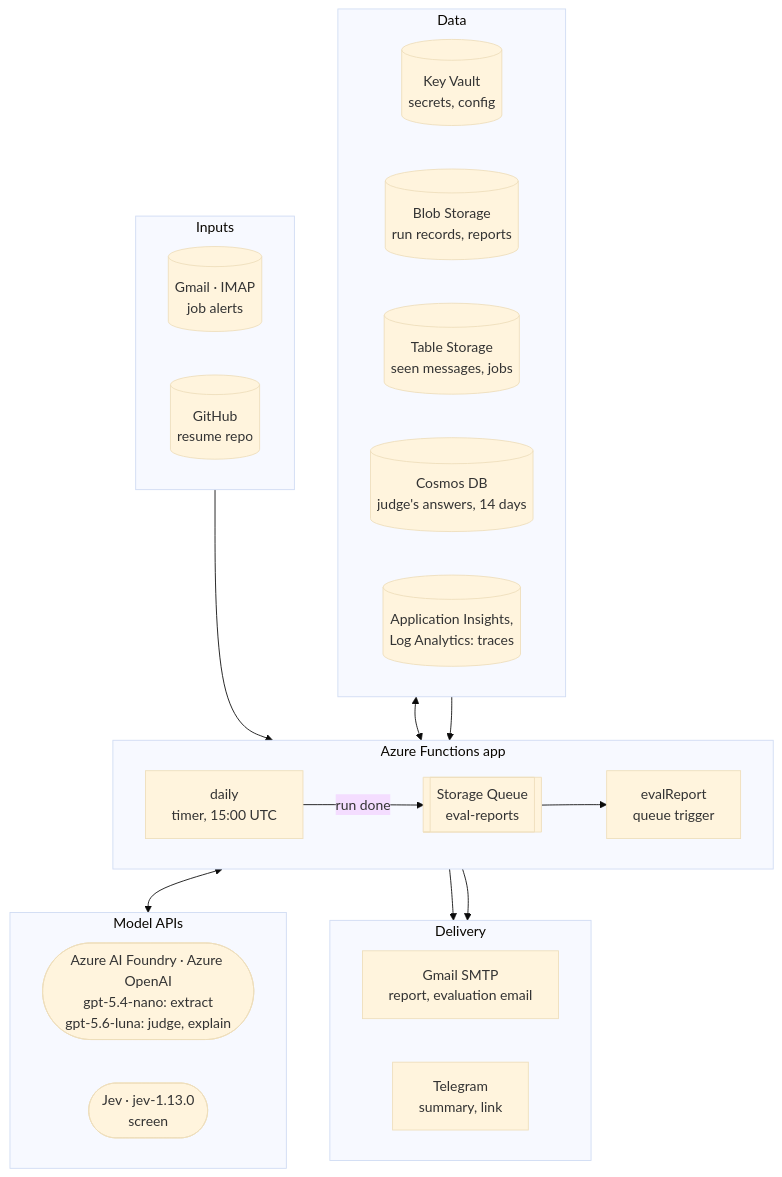
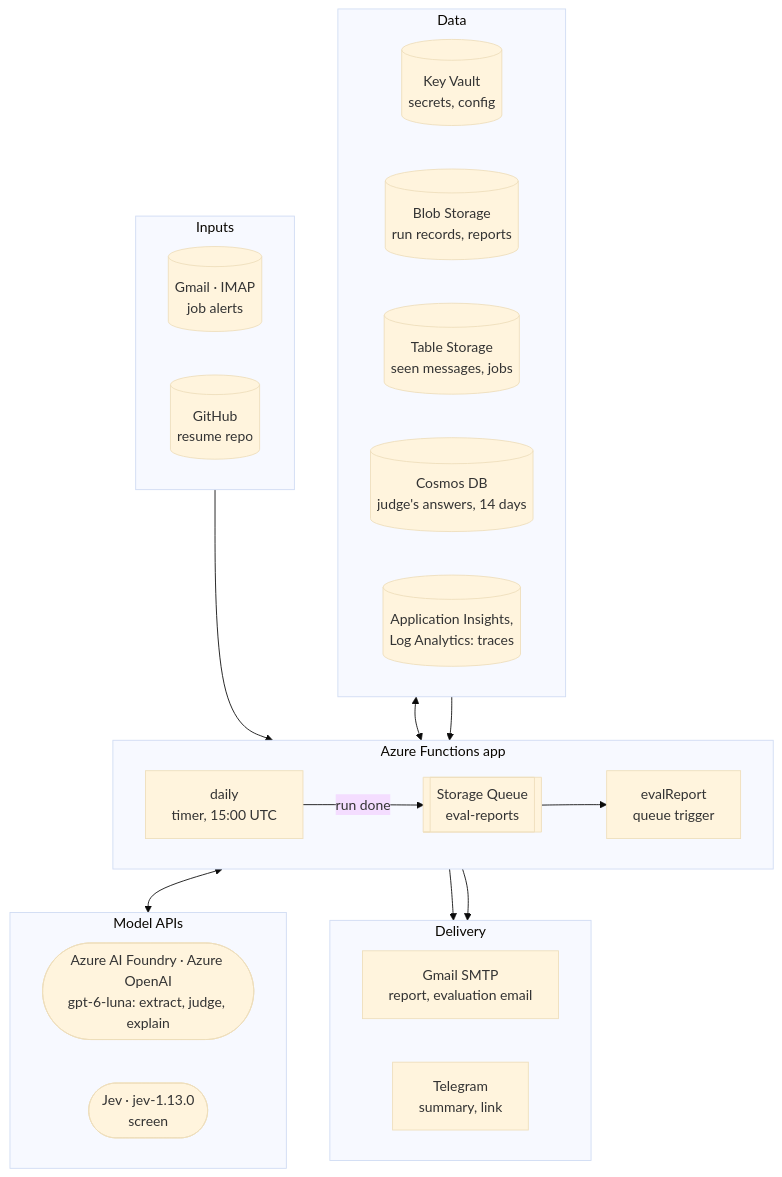
Before and after one commit to PCBZ/job-scan: the first of 3 diagrams in README.md, drawn with Mermaid (base theme). The commit also changed other lines of this file and 6 other files, not shown here.

Commit message:
feat(infra): extract, judge and explain on gpt-6-luna

````diff
--- a/README.md
+++ b/README.md
@@ -18,44 +18,44 @@
 ```mermaid
 flowchart TB
   subgraph inputs [Inputs]
     direction LR
     gmail[(Gmail · IMAP<br/>job alerts)]
     github[(GitHub<br/>resume repo)]
   end
 
   subgraph app [Azure Functions app]
     direction LR
     daily["daily<br/>timer, 15:00 UTC"]
     queue[[Storage Queue<br/>eval-reports]]
     evalfn["evalReport<br/>queue trigger"]
     daily -- "run done" --> queue --> evalfn
   end
 
   subgraph apis [Model APIs]
     direction LR
-    openai(["Azure AI Foundry · Azure OpenAI<br/>gpt-5.4-nano: extract<br/>gpt-5.6-luna: judge, explain"])
+    openai(["Azure AI Foundry · Azure OpenAI<br/>gpt-6-luna: extract, judge, explain"])
     jev([Jev · jev-1.13.0<br/>screen])
   end
 
   subgraph data [Data]
     direction LR
     vault[(Key Vault<br/>secrets, config)]
     blob[(Blob Storage<br/>run records, reports)]
     table[(Table Storage<br/>seen messages, jobs)]
     cosmos[(Cosmos DB<br/>judge's answers, 14 days)]
     logs[("Application Insights,<br/>Log Analytics: traces")]
   end
 
   subgraph out [Delivery]
     direction LR
     smtp[Gmail SMTP<br/>report, evaluation email]
     tg[Telegram<br/>summary, link]
   end
 
   inputs --> daily
   daily <--> apis
   data <--> daily
   data --> evalfn
   daily --> out
   evalfn --> out
 ```
````
